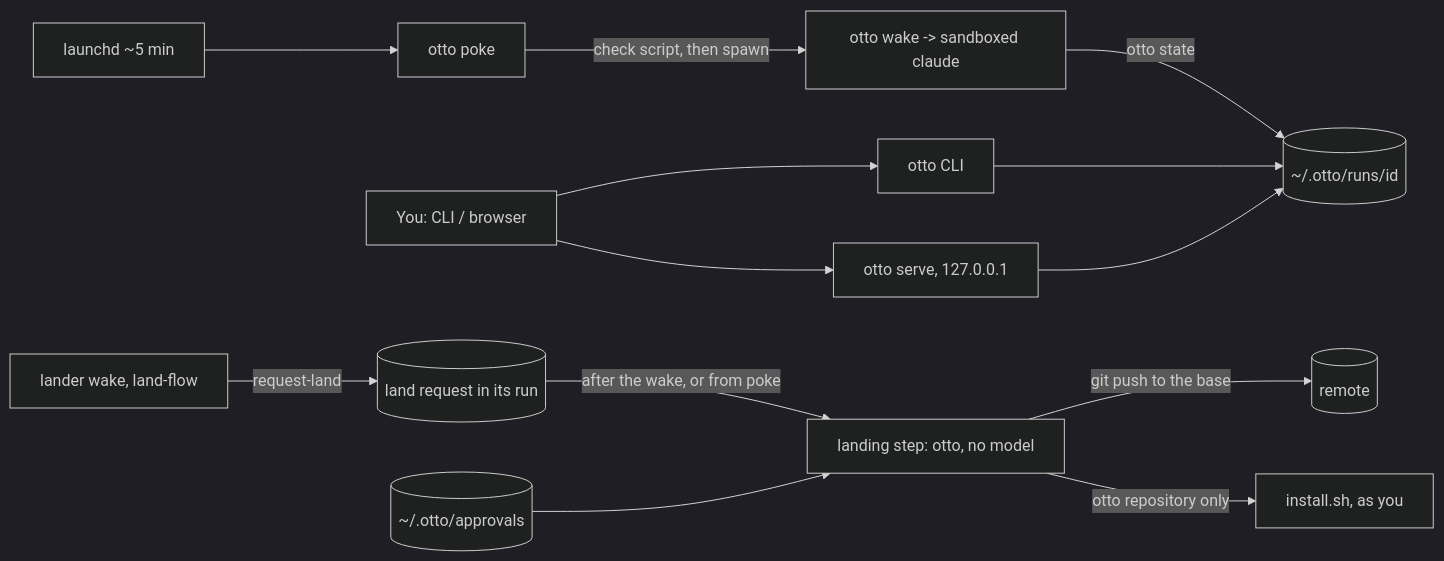
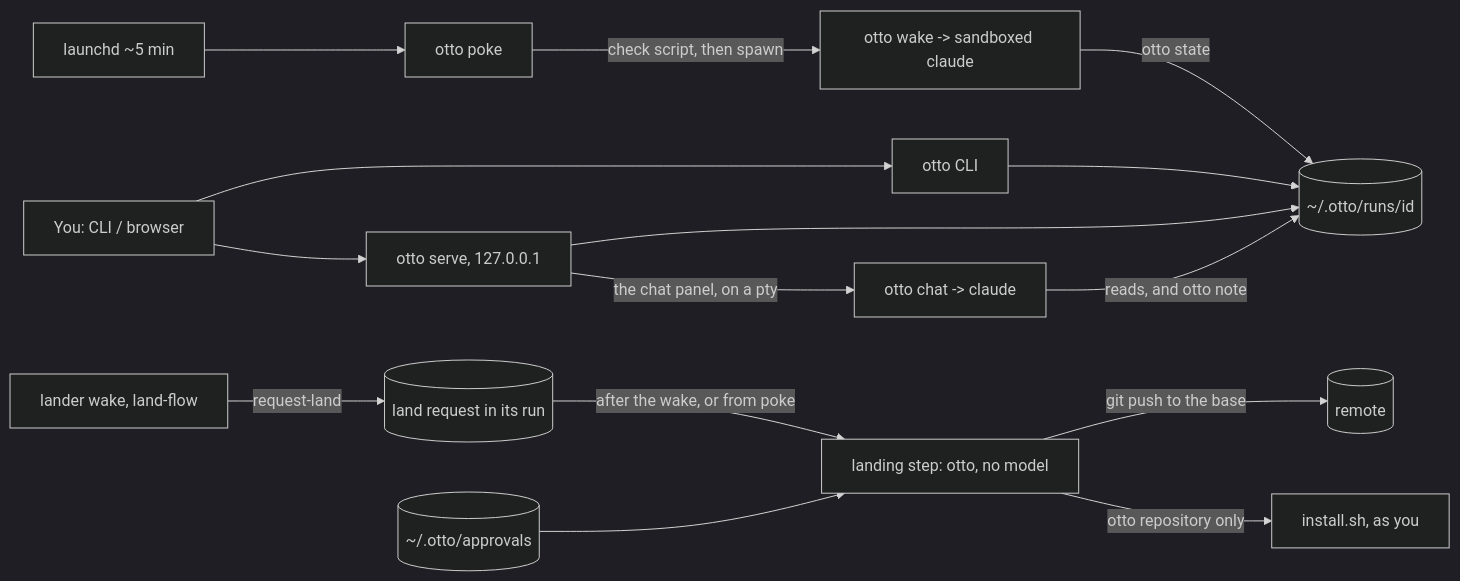
The diagram in ARCHITECTURE.md (thejosh00/otto), drawn with Mermaid (dark theme) before and after one commit. The commit also changed other lines of this file and 5 other files, not shown here.

First line of the commit message:
Docs: the web page's chat panel

````diff
--- a/ARCHITECTURE.md
+++ b/ARCHITECTURE.md
@@ -20,15 +20,17 @@
 ```mermaid
 flowchart LR
   person[You: CLI / browser] --> cli[otto CLI]
   person --> serve[otto serve, 127.0.0.1]
   launchd[launchd ~5 min] --> poke[otto poke]
   poke -->|check script, then spawn| wake[otto wake -> sandboxed claude]
   wake -->|otto state| state[(~/.otto/runs/id)]
   cli --> state
   serve --> state
+  serve -->|the chat panel, on a pty| chat[otto chat -> claude]
+  chat -->|reads, and otto note| state
   lander[lander wake, land-flow] -->|request-land| req[(land request in its run)]
   req -->|after the wake, or from poke| step[landing step: otto, no model]
   appr[(~/.otto/approvals)] --> step
   step -->|git push to the base| git[(remote)]
   step -->|otto repository only| inst[install.sh, as you]
 ```
````
